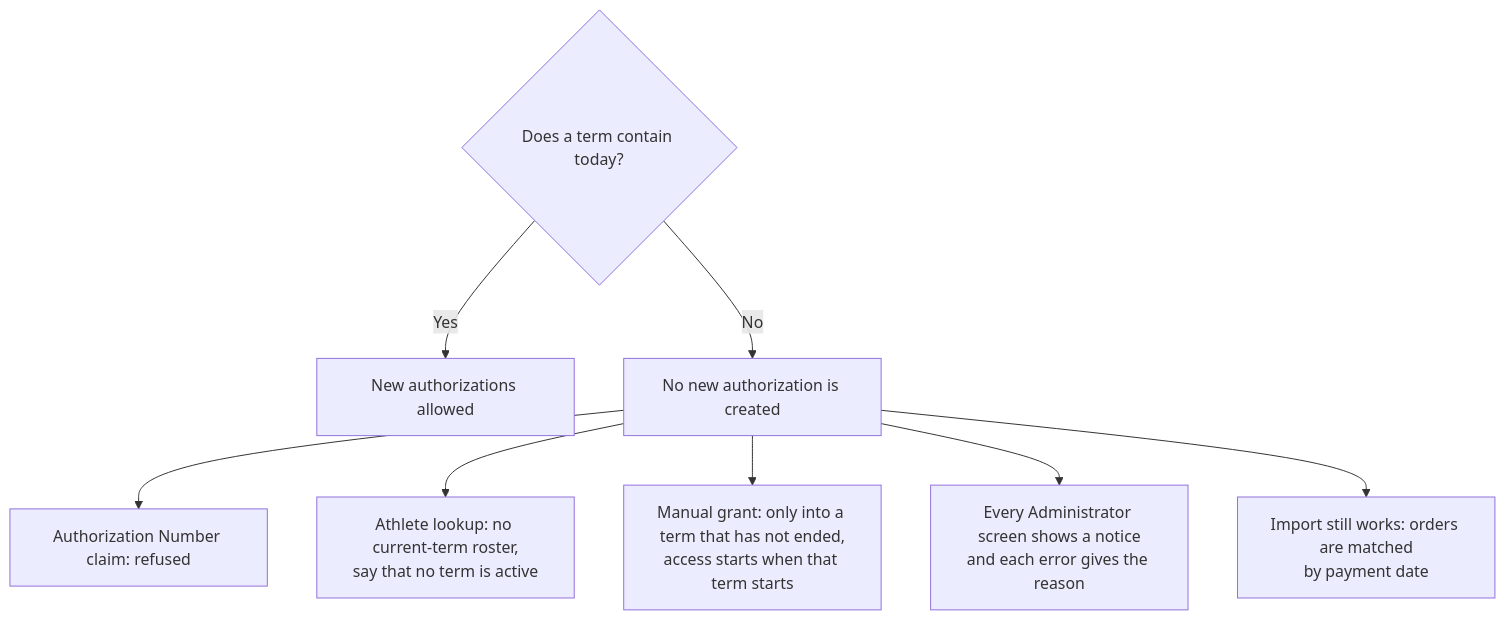
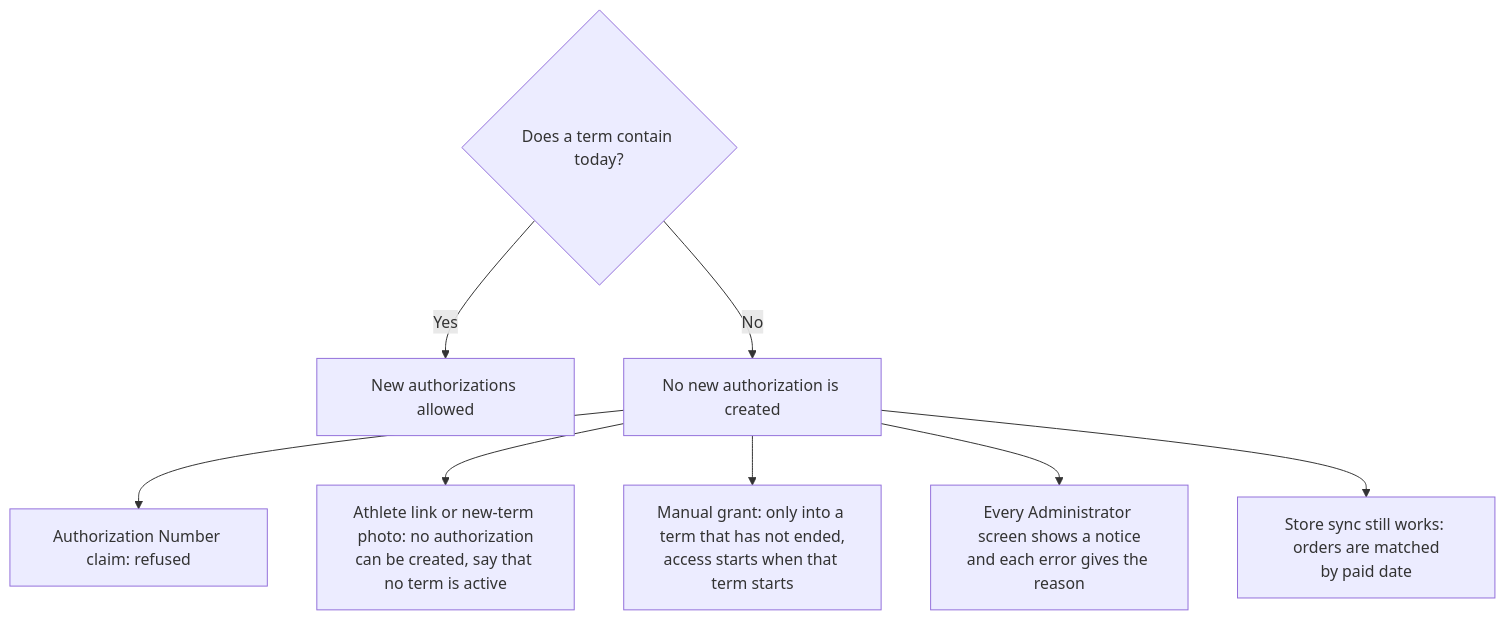
One commit to Th3-Minorities/natatorio-gym-app changed the seventh of 17 diagrams in docs/design/admin-flows.md. Above: the diagram before and after it, drawn with Mermaid. The commit also changed other lines of this file and 8 other files, not shown here.

Commit message:
Update the SRS and design docs for personal staff accounts, check-out, one roster, store sync and the other meeting decisions

````diff
--- a/docs/design/admin-flows.md
+++ b/docs/design/admin-flows.md
@@ -290,10 +218,10 @@
 ```mermaid
 flowchart TD
   N1{"Does a term contain today?"} -->|"Yes"| N2["New authorizations allowed"]
   N1 -->|"No"| N3["No new authorization is created"]
   N3 --> N4["Authorization Number claim: refused"]
-  N3 --> N5["Athlete lookup: no current-term roster,<br/>say that no term is active"]
+  N3 --> N5["Athlete link or new-term photo: no authorization<br/>can be created, say that no term is active"]
   N3 --> N6["Manual grant: only into a term that has not ended,<br/>access starts when that term starts"]
   N3 --> N7["Every Administrator screen shows a notice<br/>and each error gives the reason"]
-  N3 --> N8["Import still works: orders are matched<br/>by payment date"]
+  N3 --> N8["Store sync still works: orders are matched<br/>by paid date"]
 ```
````
